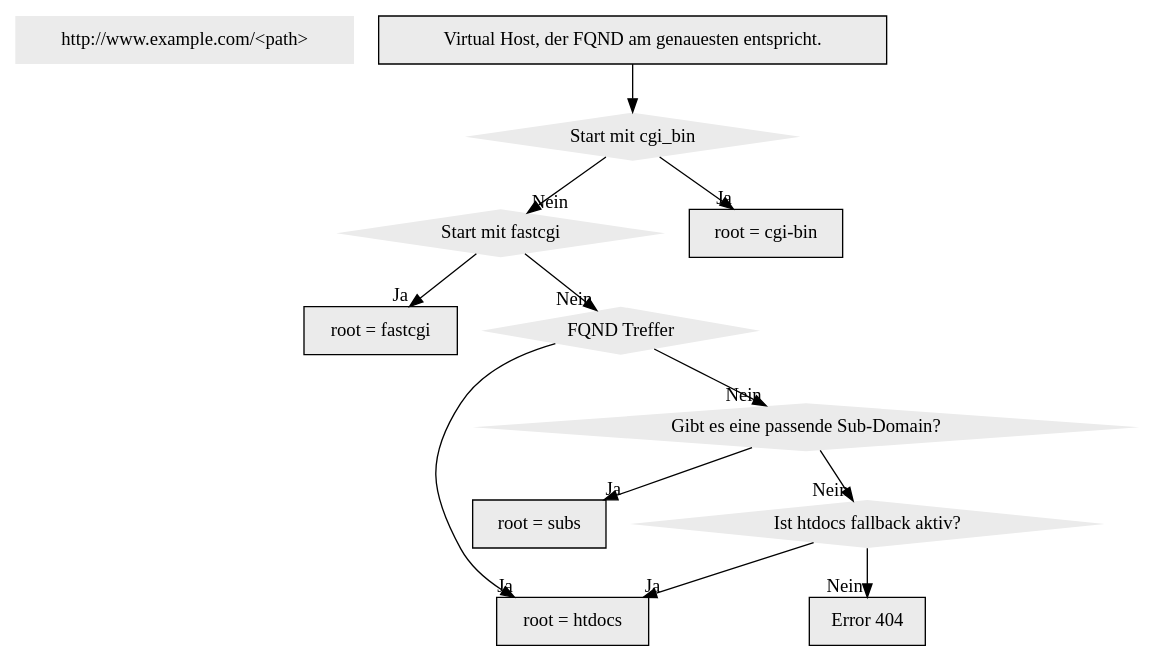
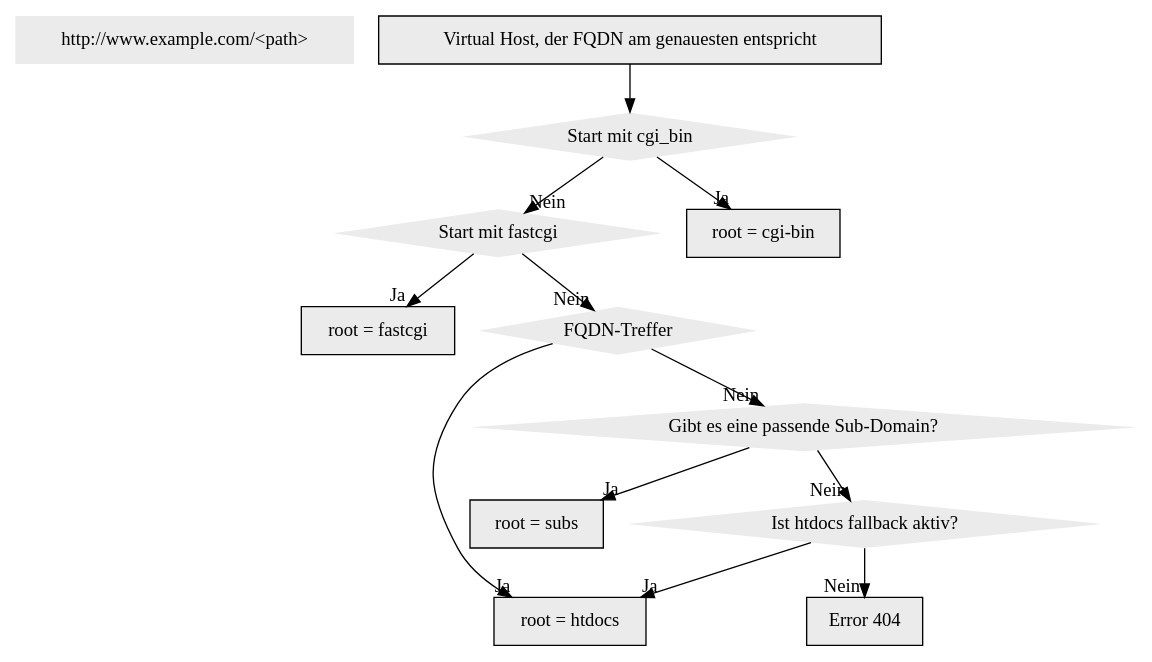
The diagram in source/administration/domain/filemap-ohne-ssl.dot (hostsharing/hs.docs.users), drawn with Graphviz before and after one commit. The commit also changed 44 other files, not shown here.

```diff
--- a/source/administration/domain/filemap-ohne-ssl.dot
+++ b/source/administration/domain/filemap-ohne-ssl.dot
@@ -1,30 +1,30 @@
 digraph d  { 
 	node [peripheries=0, style=filled, fillcolor="grey92", font=Helvetica, fontcolor=black]
 
 	enquire_information [shape=box, label="http://www.example.com/<path>" ]
 
 
-    vh_check_fqdn [shape=record, label="Virtual Host, der FQND am genauesten entspricht."]
+    vh_check_fqdn [shape=record, label="Virtual Host, der FQDN am genauesten entspricht"]
 	path_cgi_bin [shape=diamond, label="Start mit cgi_bin"]
 	path_fastcgi [shape=diamond, label="Start mit fastcgi"]
 	root_cgi_bin [shape=record, label="root = cgi-bin"]
 	root_fastcgi [shape=record, label="root = fastcgi"]
-	fqdn_matches [shape=diamond, label="FQND Treffer"]
+	fqdn_matches [shape=diamond, label="FQDN-Treffer"]
 	root_htdocs_ok [shape=record, label="root = htdocs"]
 	root_search_in_subs [shape=diamond, label="Gibt es eine passende Sub-Domain?"]
     root_subs_ok [shape=record, label="root = subs"]
 	htdocsfallback_subs [shape=diamond, label="Ist htdocs fallback aktiv?" ]
 	404 [shape=record, label="Error 404"] 
         
 	vh_check_fqdn -> path_cgi_bin 
 	path_cgi_bin -> root_cgi_bin [headlabel="Ja"]
     path_cgi_bin -> path_fastcgi [headlabel="Nein"]   
 	path_fastcgi -> root_fastcgi [headlabel="Ja"]
 	path_fastcgi -> fqdn_matches [headlabel="Nein"] 
 	fqdn_matches -> root_htdocs_ok [headlabel="Ja"]
 	fqdn_matches -> root_search_in_subs [headlabel="Nein"]
 	root_search_in_subs -> root_subs_ok [headlabel="Ja"]
 	root_search_in_subs -> htdocsfallback_subs [headlabel="Nein"]
 	htdocsfallback_subs -> root_htdocs_ok [headlabel="Ja"]
 	htdocsfallback_subs -> 404 [headlabel="Nein"]
 }
```
